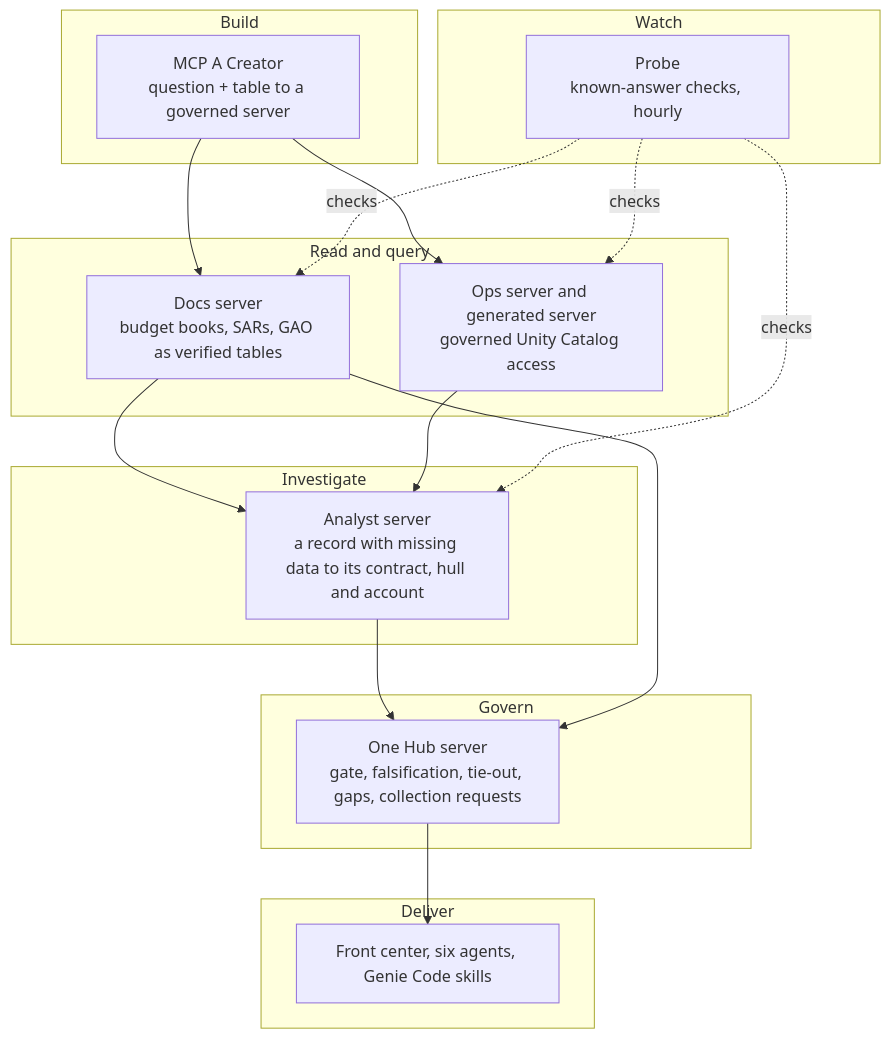
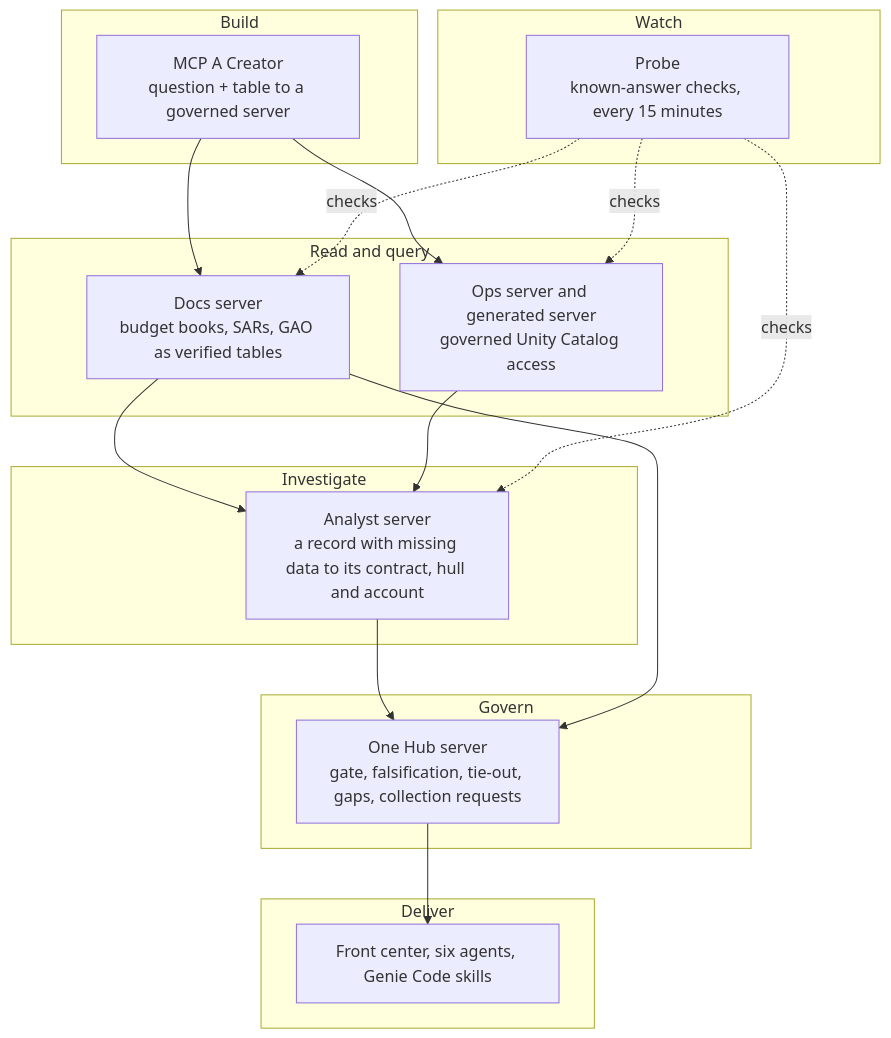
Before and after one commit to gsa-mcp-hackathon/gsa-hackathon-mcp-creator-and-agent-for-air-carrier: the first of 2 diagrams in README.md, drawn with Mermaid. The commit also changed other lines of this file and 5 other files, not shown here.

````diff
--- a/README.md
+++ b/README.md
@@ -190,29 +190,29 @@
 ```mermaid
 flowchart TB
   subgraph Build["Build"]
     CR["MCP A Creator<br/>question + table to a governed server"]
   end
   subgraph Read["Read and query"]
     DOC["Docs server<br/>budget books, SARs, GAO as verified tables"]
     OPS["Ops server and generated server<br/>governed Unity Catalog access"]
   end
   subgraph Reason["Investigate"]
     AN["Analyst server<br/>a record with missing data to its contract, hull and account"]
   end
   subgraph Govern["Govern"]
     HUB["One Hub server<br/>gate, falsification, tie-out, gaps, collection requests"]
   end
   subgraph Watch["Watch"]
-    PR["Probe<br/>known-answer checks, hourly"]
+    PR["Probe<br/>known-answer checks, every 15 minutes"]
   end
   subgraph Deliver["Deliver"]
     FC["Front center, six agents, Genie Code skills"]
   end
   CR --> DOC & OPS
   DOC --> AN
   OPS --> AN
   AN --> HUB
   DOC --> HUB
   HUB --> FC
   PR -. checks .-> DOC & AN & OPS
 ```
````
